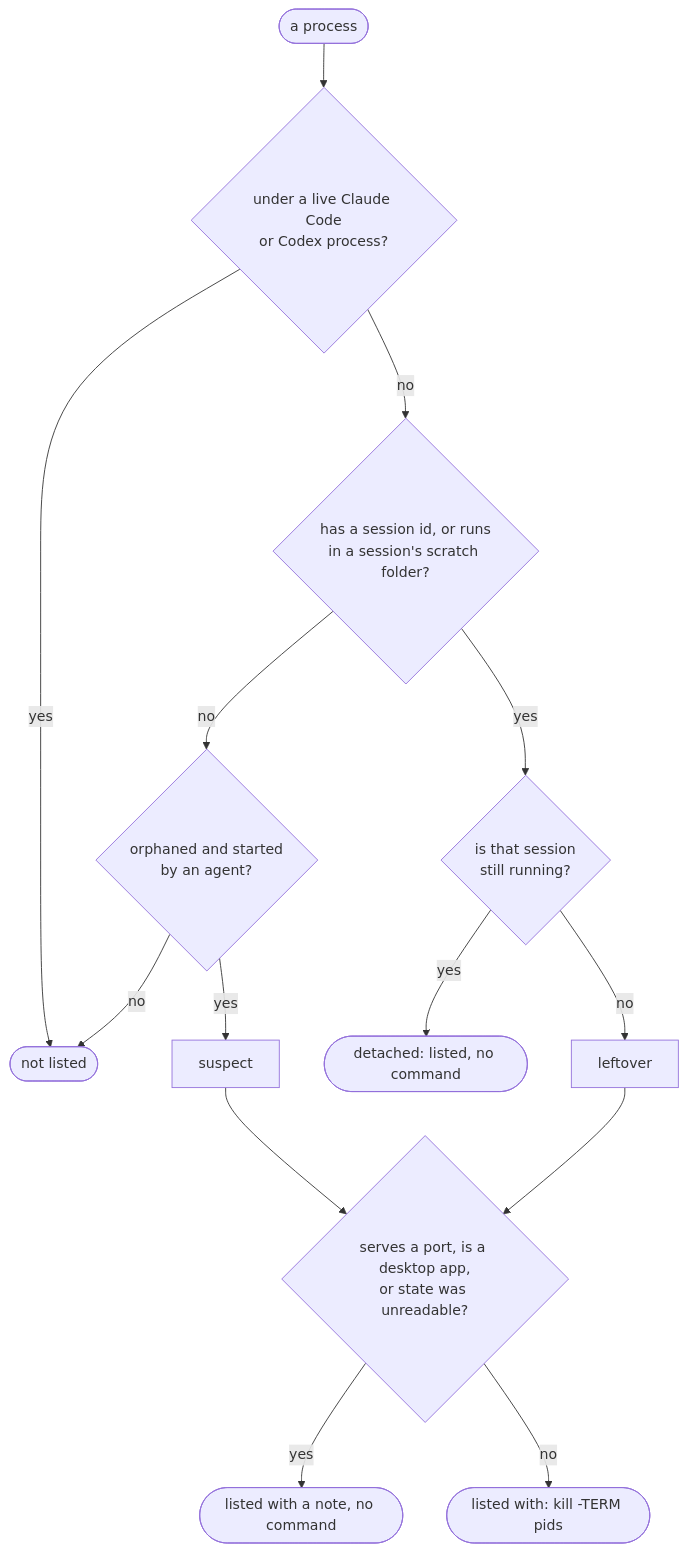
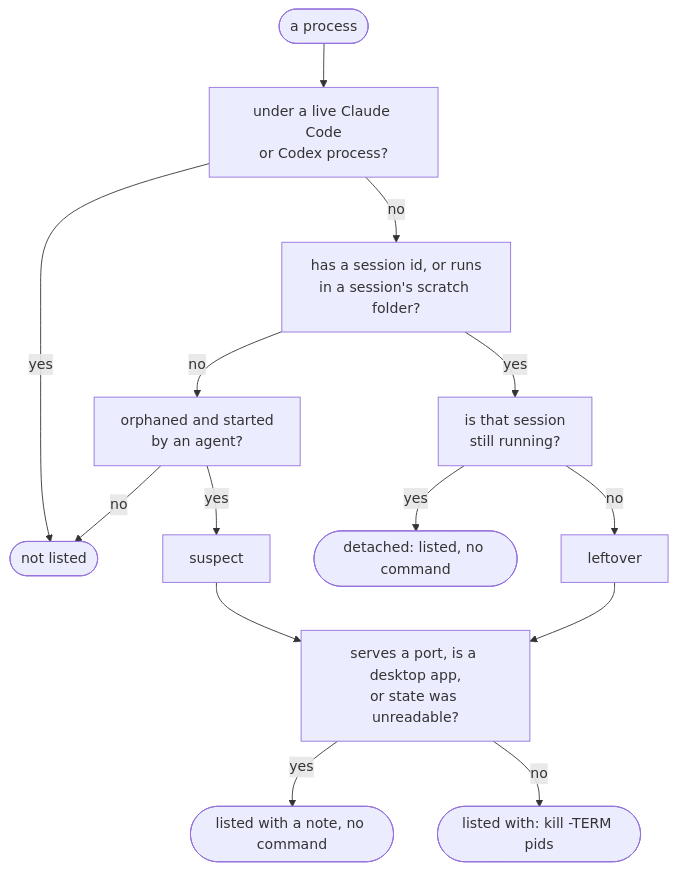
The diagram in README.md (berkkorkmaz/tidewake), drawn with Mermaid before and after one commit.

Commit message:
README: compact flowchart boxes

````diff
--- a/README.md
+++ b/README.md
@@ -74,16 +74,16 @@
 ```mermaid
 flowchart TD
-    P([a process]) --> A{under a live Claude Code<br/>or Codex process?}
+    P([a process]) --> A["under a live Claude Code<br/>or Codex process?"]
     A -- yes --> OK([not listed])
-    A -- no --> B{has a session id, or runs<br/>in a session's scratch folder?}
-    B -- no --> F{orphaned and started<br/>by an agent?}
+    A -- no --> B["has a session id, or runs<br/>in a session's scratch folder?"]
+    B -- no --> F["orphaned and started<br/>by an agent?"]
     F -- no --> OK
     F -- yes --> G[suspect]
-    B -- yes --> C{is that session<br/>still running?}
+    B -- yes --> C["is that session<br/>still running?"]
     C -- yes --> D([detached: listed, no command])
     C -- no --> E[leftover]
-    E --> H{serves a port, is a desktop app,<br/>or state was unreadable?}
+    E --> H["serves a port, is a desktop app,<br/>or state was unreadable?"]
     G --> H
     H -- yes --> N([listed with a note, no command])
     H -- no --> K([listed with: kill -TERM pids])
 ```
````
